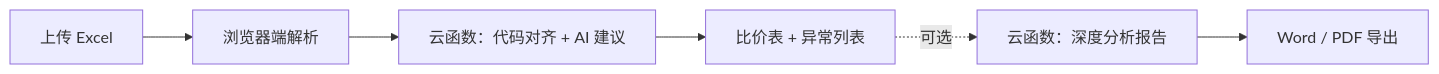
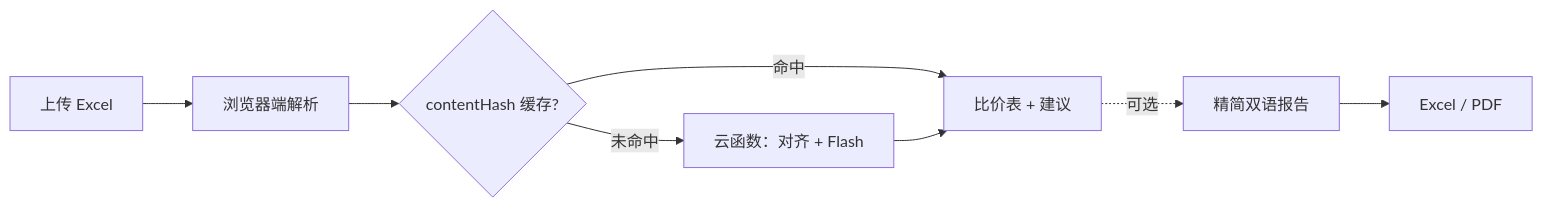
The diagram in README.md (lipeiye/price_comparing), drawn with Mermaid before and after one commit. The commit also changed other lines of this file and 30 other files, not shown here.

First line of the commit message:
Ship Flash-only bilingual reports, 8-file limit, and contentHash cache

````diff
--- a/README.md
+++ b/README.md
@@ -19,8 +20,10 @@
 ```mermaid
 flowchart LR
     A[上传 Excel] --> B[浏览器端解析]
-    B --> C[云函数：代码对齐 + AI 建议]
-    C --> D[比价表 + 异常列表]
-    D -.->|可选| E[云函数：深度分析报告]
-    E --> F[Word / PDF 导出]
+    B --> C{contentHash 缓存?}
+    C -->|命中| D[比价表 + 建议]
+    C -->|未命中| E[云函数：对齐 + Flash]
+    E --> D
+    D -.->|可选| F[精简双语报告]
+    F --> G[Excel / PDF]
 ```
````
